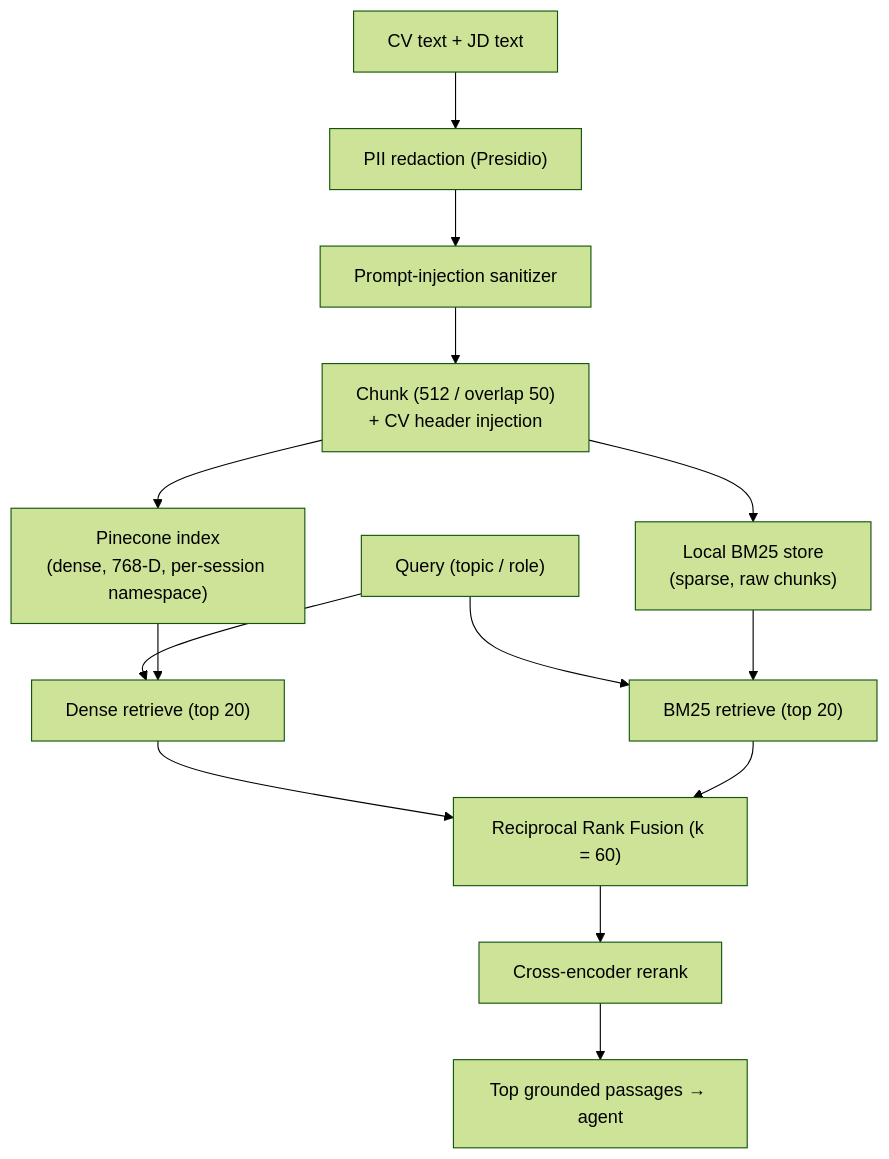
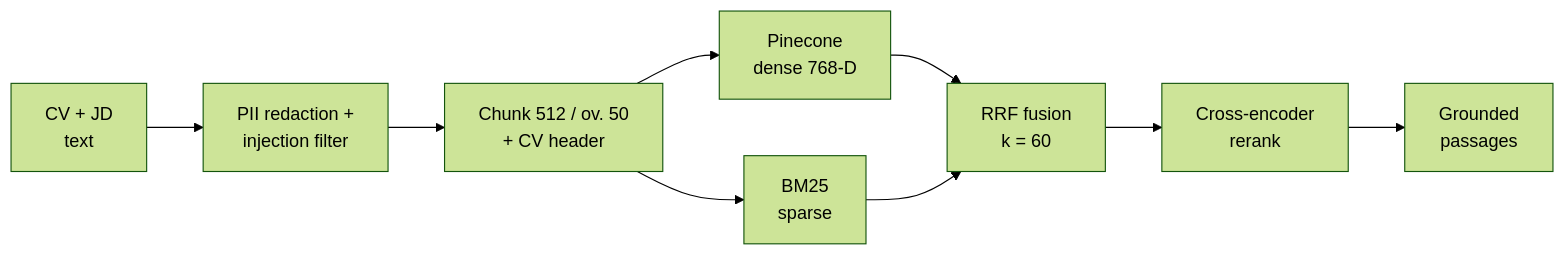
Before and after one commit to Pavlosss-uy/MyHR: the first of 5 diagrams in docs/04-implementation.md, drawn with Mermaid (forest theme). The commit also changed other lines of this file and 12 other files, not shown here.

````diff
--- a/docs/04-implementation.md
+++ b/docs/04-implementation.md
@@ -47,16 +57,11 @@
 ```mermaid
-flowchart TB
-    A["CV text + JD text"] --> B["PII redaction (Presidio)"]
-    B --> C["Prompt-injection sanitizer"]
-    C --> D["Chunk (512 / overlap 50)<br/>+ CV header injection"]
-    D --> E1["Pinecone index<br/>(dense, 768-D, per-session namespace)"]
-    D --> E2["Local BM25 store<br/>(sparse, raw chunks)"]
-    Q["Query (topic / role)"] --> F1["Dense retrieve (top 20)"]
-    Q --> F2["BM25 retrieve (top 20)"]
-    E1 --> F1
-    E2 --> F2
-    F1 --> G["Reciprocal Rank Fusion (k = 60)"]
-    F2 --> G
-    G --> H["Cross-encoder rerank"]
-    H --> I["Top grounded passages → agent"]
+flowchart LR
+    A["CV + JD<br/>text"] --> B["PII redaction +<br/>injection filter"]
+    B --> C["Chunk 512 / ov. 50<br/>+ CV header"]
+    C --> D1["Pinecone<br/>dense 768-D"]
+    C --> D2["BM25<br/>sparse"]
+    D1 --> E["RRF fusion<br/>k = 60"]
+    D2 --> E
+    E --> F["Cross-encoder<br/>rerank"]
+    F --> G["Grounded<br/>passages"]
 ```
````
